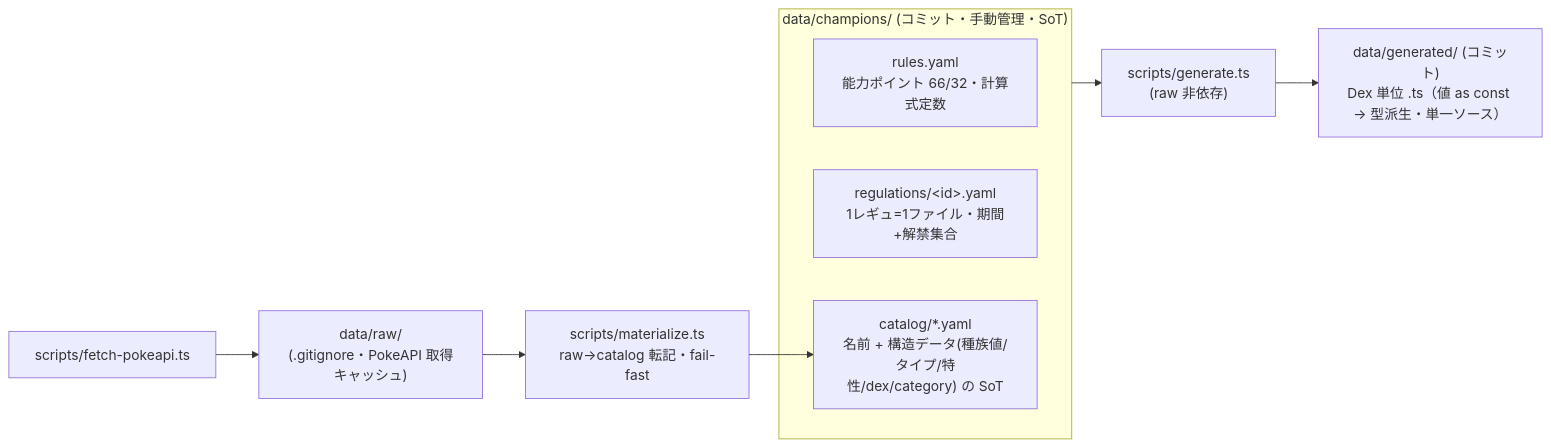
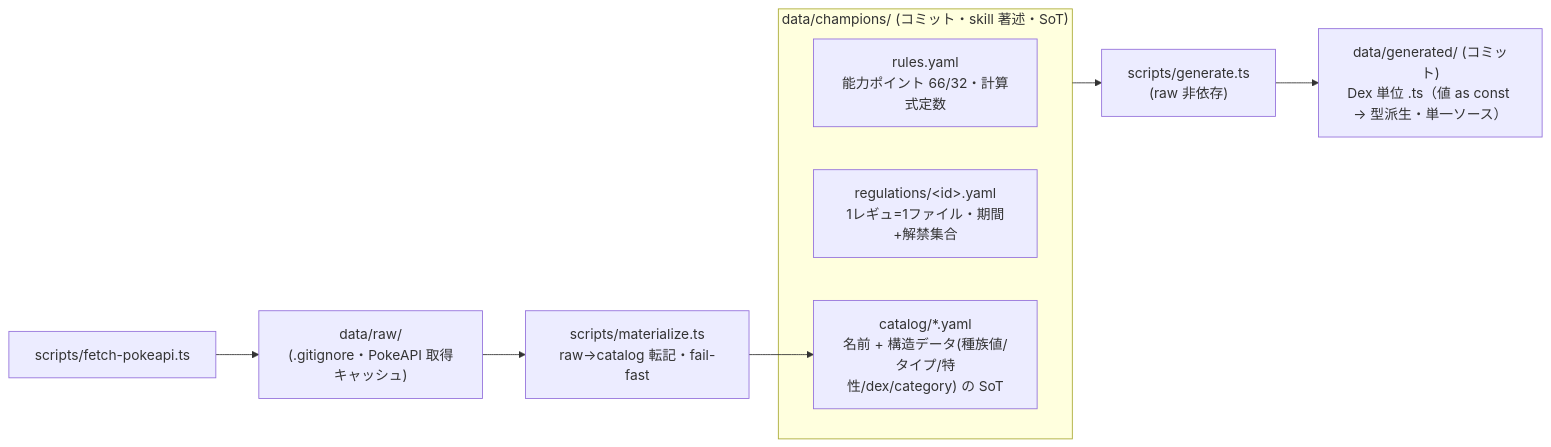
One commit to subroh0508/pokeform changed the second of 2 diagrams in docs/plan/01-mvp/architecture.md. Above: the diagram before and after it, drawn with Mermaid. The commit also changed other lines of this file and 29 other files, not shown here.

````diff
--- a/docs/plan/01-mvp/architecture.md
+++ b/docs/plan/01-mvp/architecture.md
@@ -220,13 +220,13 @@
 ```mermaid
 flowchart LR
     F["scripts/fetch-pokeapi.ts"] --> RAW["data/raw/<br/>(.gitignore・PokeAPI 取得キャッシュ)"]
     RAW --> M["scripts/materialize.ts<br/>raw→catalog 転記・fail-fast"]
-    subgraph CH["data/champions/ (コミット・手動管理・SoT)"]
+    subgraph CH["data/champions/ (コミット・skill 著述・SoT)"]
         R["rules.yaml<br/>能力ポイント 66/32・計算式定数"]
         REG["regulations/&lt;id&gt;.yaml<br/>1レギュ=1ファイル・期間+解禁集合"]
         CAT["catalog/*.yaml<br/>名前 + 構造データ(種族値/タイプ/特性/dex/category) の SoT"]
     end
     M --> CAT
     CH --> GEN["scripts/generate.ts<br/>(raw 非依存)"]
     GEN --> OUT["data/generated/ (コミット)<br/>Dex 単位 .ts（値 as const → 型派生・単一ソース）"]
 ```
````
